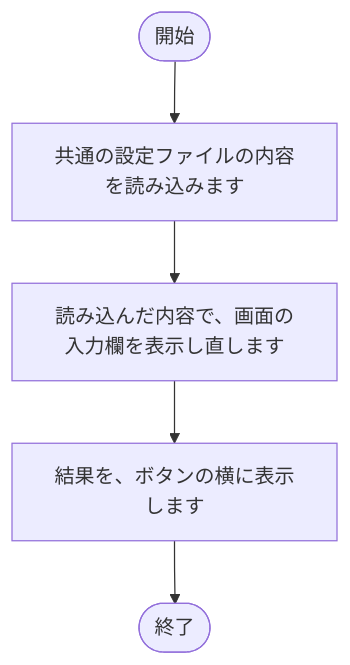
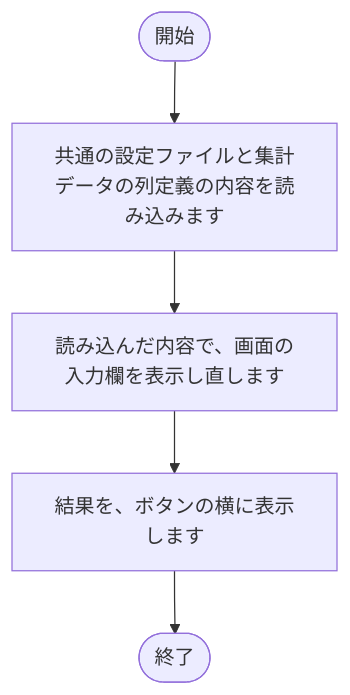
One commit to nishida2073/project_management changed the ninth of 24 diagrams in tool/kintone-aggregator/doc/02_設計/処理フロー.md. Above: the diagram before and after it, drawn with Mermaid. The commit also changed other lines of this file and 16 other files, not shown here.

````diff
--- a/tool/kintone-aggregator/doc/02_設計/処理フロー.md
+++ b/tool/kintone-aggregator/doc/02_設計/処理フロー.md
@@ -259,12 +248,12 @@
 ```mermaid
 flowchart TD
     S(["開始"])
     E(["終了"])
-    N1["共通の設定ファイルの内容を読み込みます"]
+    N1["共通の設定ファイルと集計データの列定義の内容を読み込みます"]
     S --> N1
     N2["読み込んだ内容で、画面の入力欄を表示し直します"]
     N1 --> N2
     N3["結果を、ボタンの横に表示します"]
     N2 --> N3
     N3 --> E
 ```
````
